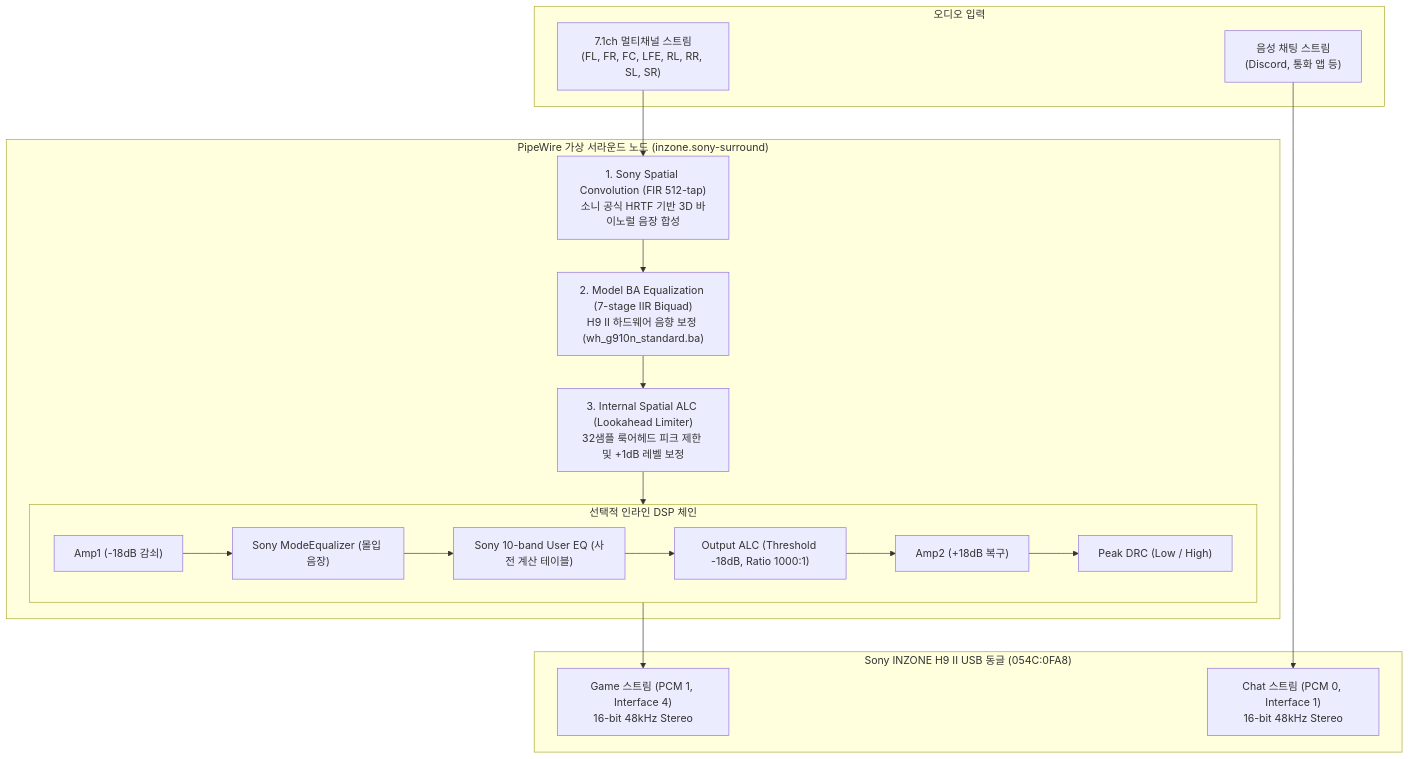
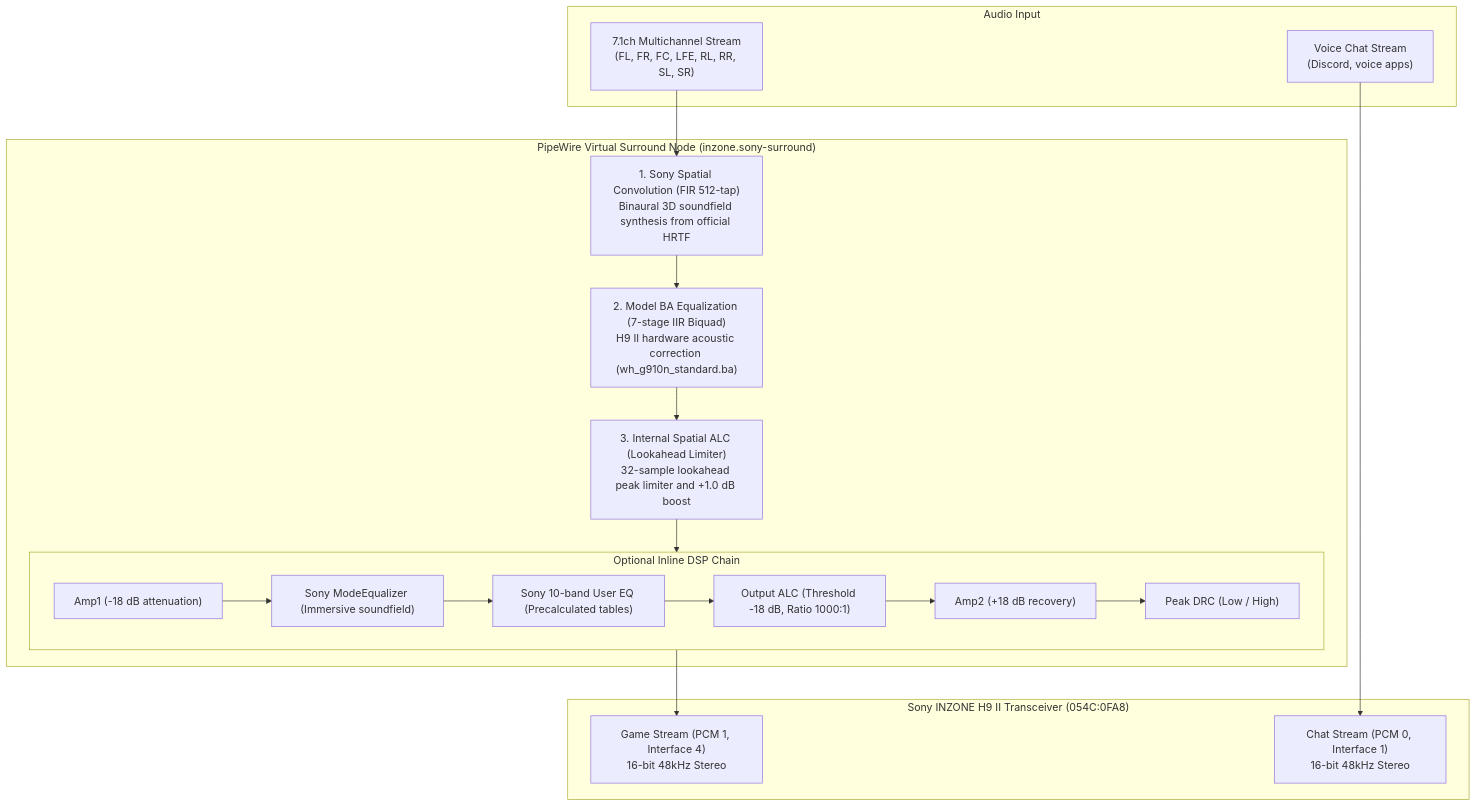
Before and after one commit to zeroday0619/inzone-linux: the second of 2 diagrams in README.md, drawn with Mermaid. The commit also changed other lines of this file and 12 other files, not shown here.

````diff
--- a/README.md
+++ b/README.md
@@ -273,34 +274,34 @@
 ```mermaid
 flowchart TD
-    subgraph Input ["오디오 입력"]
-        In71["7.1ch 멀티채널 스트림<br>(FL, FR, FC, LFE, RL, RR, SL, SR)"]
-        InChat["음성 채팅 스트림<br>(Discord, 통화 앱 등)"]
+    subgraph Input ["Audio Input"]
+        In71["7.1ch Multichannel Stream<br>(FL, FR, FC, LFE, RL, RR, SL, SR)"]
+        InChat["Voice Chat Stream<br>(Discord, voice apps)"]
     end
 
-    subgraph PipeWire ["PipeWire 가상 서라운드 노드 (inzone.sony-surround)"]
-        Stage1["1. Sony Spatial Convolution (FIR 512-tap)<br>소니 공식 HRTF 기반 3D 바이노럴 음장 합성"]
-        Stage2["2. Model BA Equalization (7-stage IIR Biquad)<br>H9 II 하드웨어 음향 보정 (wh_g910n_standard.ba)"]
-        Stage3["3. Internal Spatial ALC (Lookahead Limiter)<br>32샘플 룩어헤드 피크 제한 및 +1dB 레벨 보정"]
+    subgraph PipeWire ["PipeWire Virtual Surround Node (inzone.sony-surround)"]
+        Stage1["1. Sony Spatial Convolution (FIR 512-tap)<br>Binaural 3D soundfield synthesis from official HRTF"]
+        Stage2["2. Model BA Equalization (7-stage IIR Biquad)<br>H9 II hardware acoustic correction (wh_g910n_standard.ba)"]
+        Stage3["3. Internal Spatial ALC (Lookahead Limiter)<br>32-sample lookahead peak limiter and +1.0 dB boost"]
         
-        subgraph InlineDSP ["선택적 인라인 DSP 체인"]
-            DSP1["Amp1 (-18dB 감쇠)"]
-            DSP2["Sony ModeEqualizer (몰입 음장)"]
-            DSP3["Sony 10-band User EQ (사전 계산 테이블)"]
-            DSP4["Output ALC (Threshold -18dB, Ratio 1000:1)"]
-            DSP5["Amp2 (+18dB 복구)"]
+        subgraph InlineDSP ["Optional Inline DSP Chain"]
+            DSP1["Amp1 (-18 dB attenuation)"]
+            DSP2["Sony ModeEqualizer (Immersive soundfield)"]
+            DSP3["Sony 10-band User EQ (Precalculated tables)"]
+            DSP4["Output ALC (Threshold -18 dB, Ratio 1000:1)"]
+            DSP5["Amp2 (+18 dB recovery)"]
             DSP6["Peak DRC (Low / High)"]
             DSP1 --> DSP2 --> DSP3 --> DSP4 --> DSP5 --> DSP6
         end
 
         Stage1 --> Stage2 --> Stage3 --> InlineDSP
     end
 
-    subgraph Hardware ["Sony INZONE H9 II USB 동글 (054C:0FA8)"]
-        SinkGame["Game 스트림 (PCM 1, Interface 4)<br>16-bit 48kHz Stereo"]
-        SinkChat["Chat 스트림 (PCM 0, Interface 1)<br>16-bit 48kHz Stereo"]
+    subgraph Hardware ["Sony INZONE H9 II Transceiver (054C:0FA8)"]
+        SinkGame["Game Stream (PCM 1, Interface 4)<br>16-bit 48kHz Stereo"]
+        SinkChat["Chat Stream (PCM 0, Interface 1)<br>16-bit 48kHz Stereo"]
     end
 
     In71 --> Stage1
     InlineDSP --> SinkGame
     InChat --> SinkChat
 ```
````
